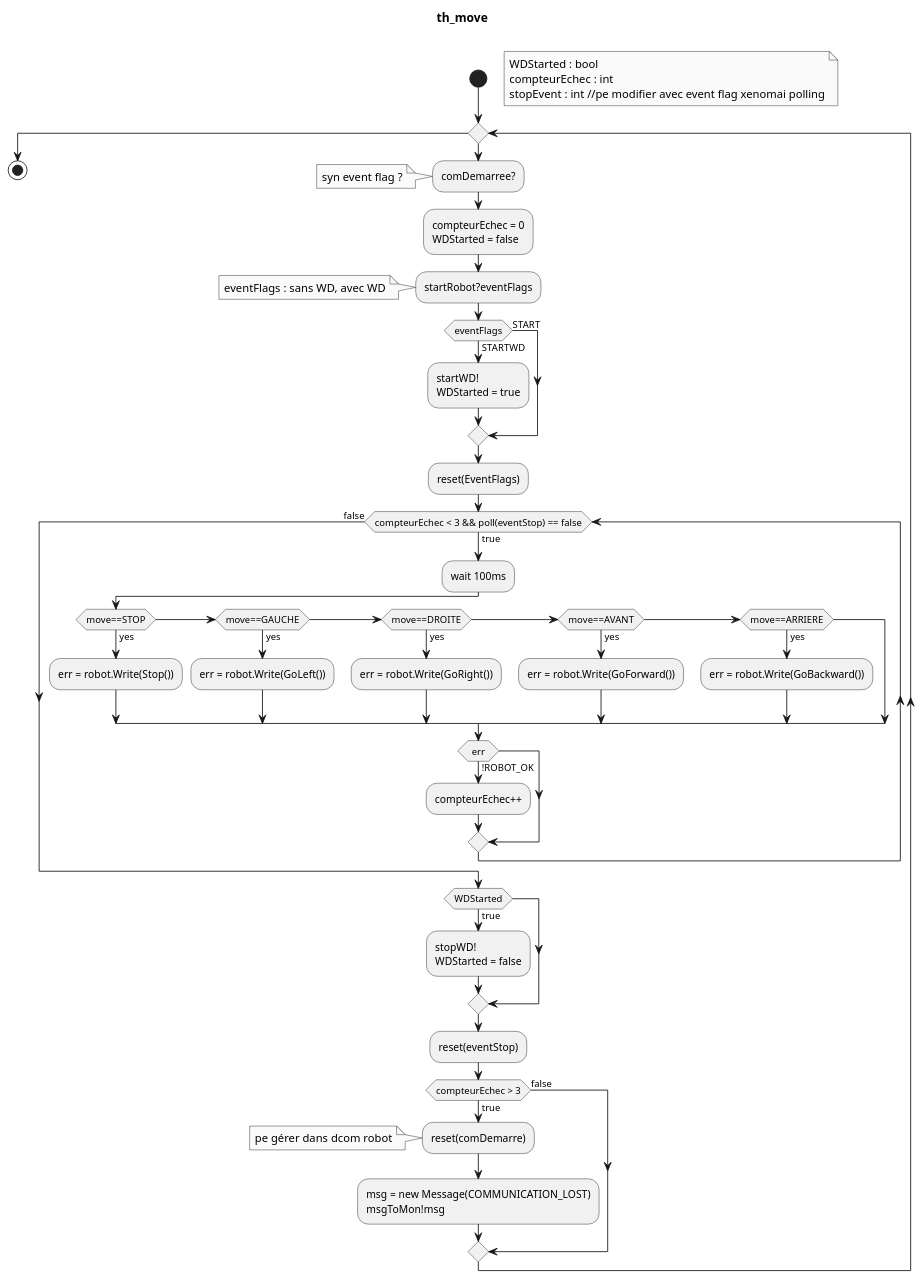
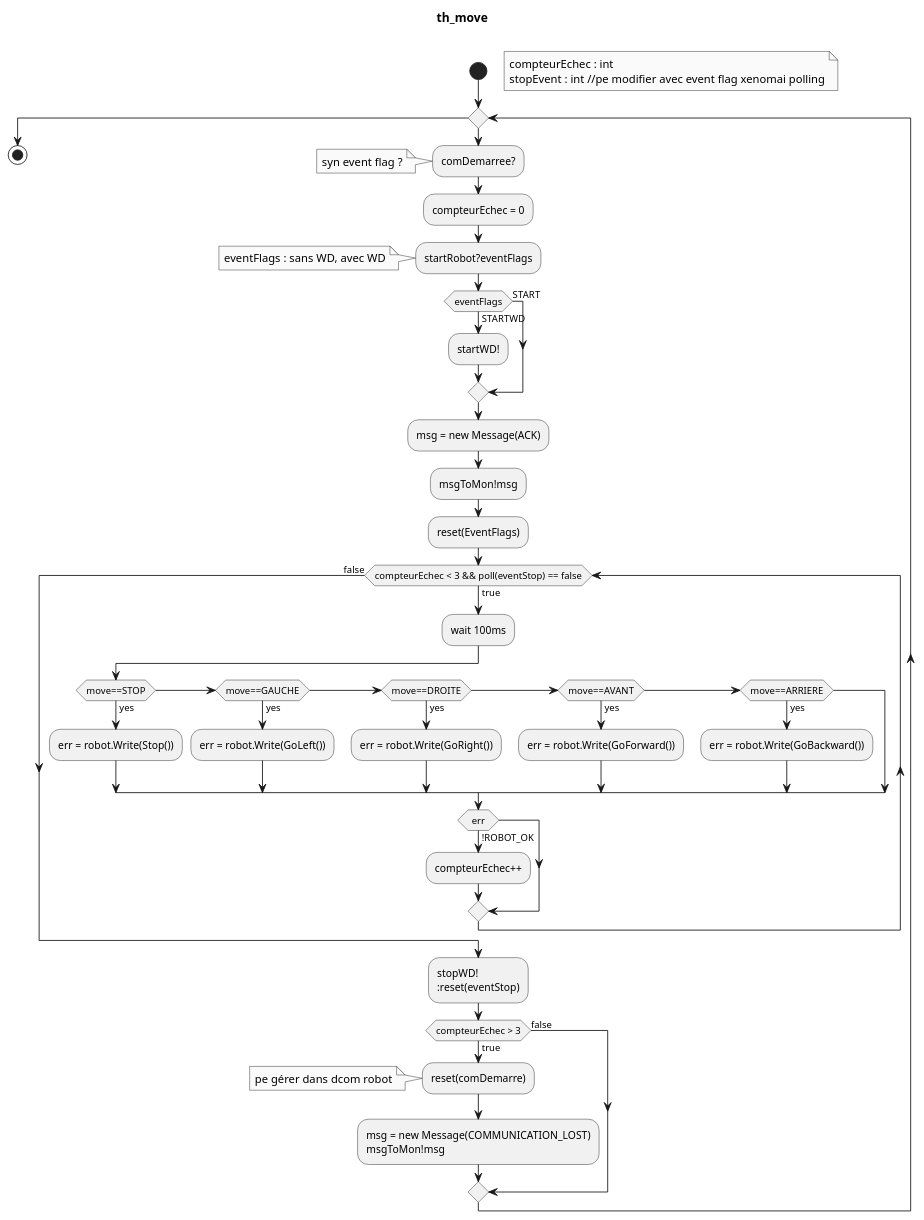
Before and after one commit to Bobillot/BE_Temps_Reel: the diagram in diags/th_move.puml, drawn with PlantUML. The commit also changed 3 other files, not shown here.

```diff
--- a/diags/th_move.puml
+++ b/diags/th_move.puml
@@ -1,66 +1,64 @@
 @startuml
 
 skinparam monochrome true
 title th_move \n
 
 
 start
 
 floating note right
-WDStarted : bool
 compteurEchec : int
 stopEvent : int //pe modifier avec event flag xenomai polling
 endnote
 
 while ()
     :comDemarree?;
     note : syn event flag ?
-    :compteurEchec = 0
-    WDStarted = false ;
+    :compteurEchec = 0;
 
     :startRobot?eventFlags;
     note
     eventFlags : sans WD, avec WD
     endnote
 
     if (eventFlags) then (STARTWD)
-        :startWD!
-        WDStarted = true;
+        :startWD!;
     else (START)
     endif
+
+    :msg = new Message(ACK);
+
+    :msgToMon!msg;
 
     :reset(EventFlags);
 
     while (compteurEchec < 3 && poll(eventStop) == false) is (true)
         :wait 100ms;
         if (move==STOP) then (yes)
             :err = robot.Write(Stop());
         elseif (move==GAUCHE) then (yes)
             :err = robot.Write(GoLeft());
         elseif (move==DROITE) then (yes)
             :err = robot.Write(GoRight());
         elseif (move==AVANT) then (yes)
             :err = robot.Write(GoForward());
         elseif (move==ARRIERE) then (yes)
             :err = robot.Write(GoBackward());
         endif
         if (err) then (!ROBOT_OK)
             :compteurEchec++;
         endif
     endwhile (false)
-if(WDStarted) then (true)
     :stopWD!
-    WDStarted = false;
-endif
 :reset(eventStop);
 
 if (compteurEchec > 3) then (true)
     :reset(comDemarre);
     note : pe gérer dans dcom robot
     :msg = new Message(COMMUNICATION_LOST)
     msgToMon!msg;
 else (false)
 endif
 endwhile
 stop
 @enduml
```
